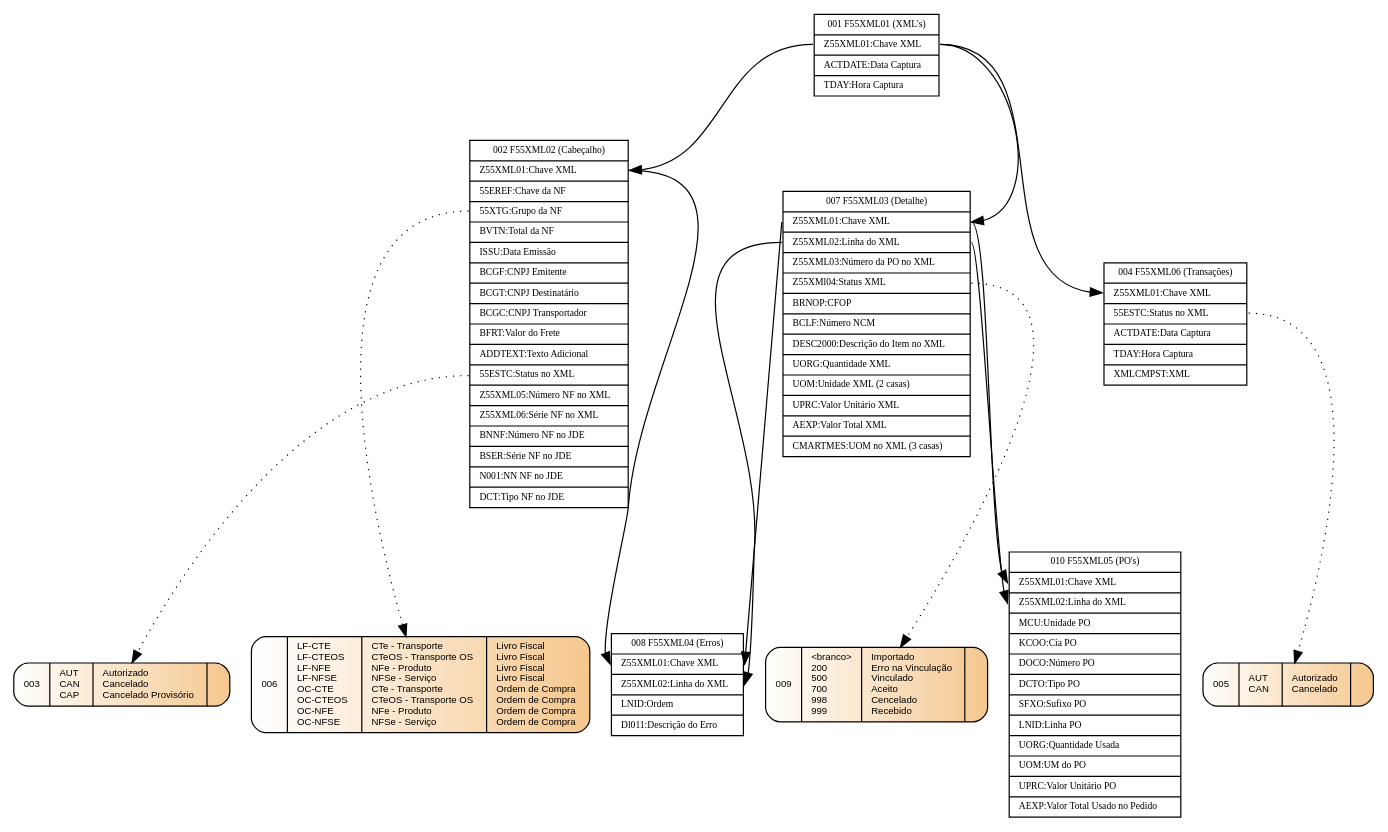
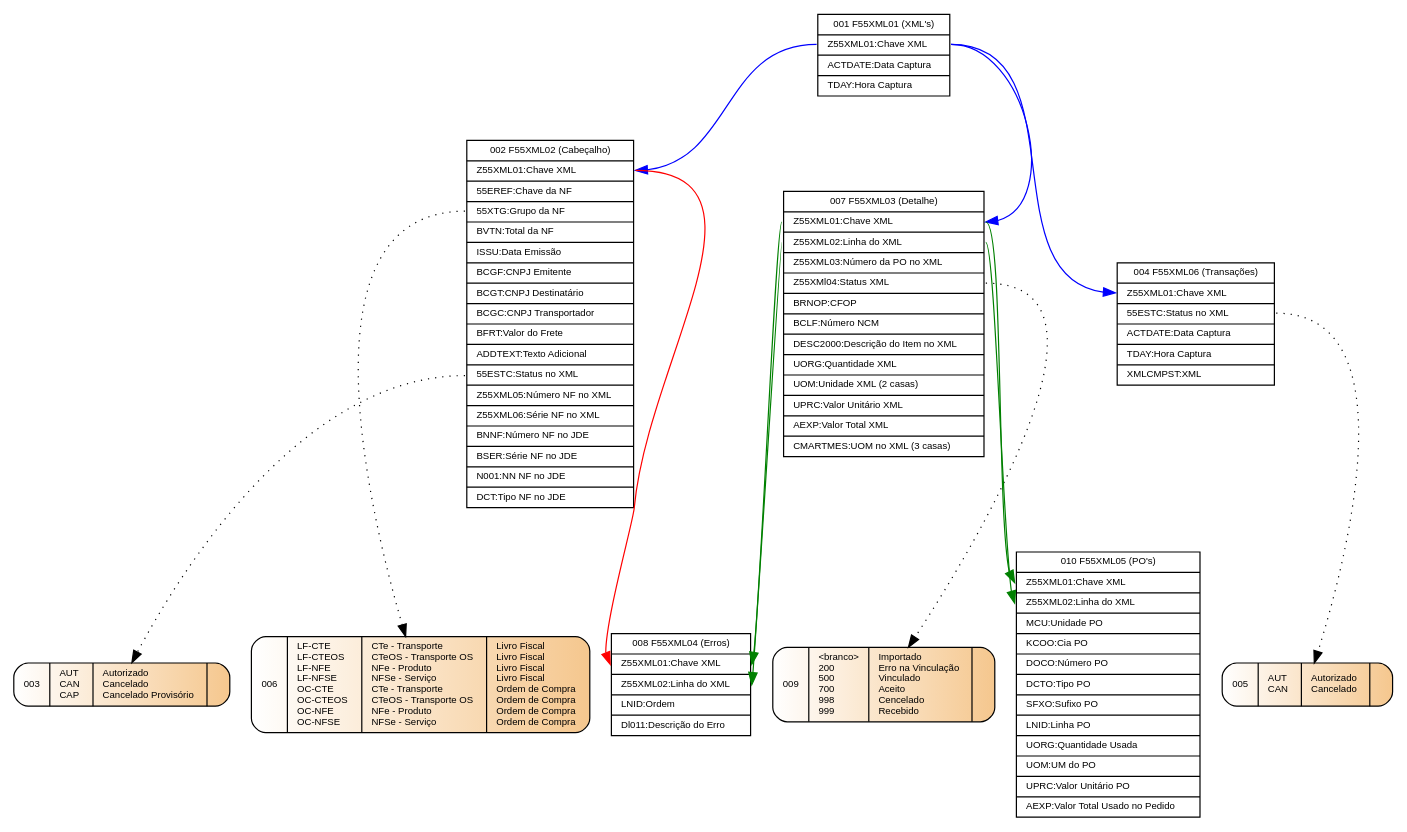
The diagram in ER XML.gv (GiovaniPM/Graphs), drawn with Graphviz before and after one commit.

Commit message:
Giovani_Mesquita(RBST10164) 200316133632

```diff
--- a/ER XML.gv
+++ b/ER XML.gv
@@ -1,194 +1,194 @@
 digraph R {
 
     # layout= specifies a layout engine:
     #   circo — for circular layout of graphs
-    #   dot — for drawing directed graphs (the default)
-    #   fdp — for drawing undirected graphs
+    #   dot   — for drawing directed graphs (the default)
+    #   fdp   — for drawing undirected graphs
     #   neato — for drawing undirected graphs
     #   osage — for drawing large undirected graphs
     #   twopi — for radial layouts of graphs
     #layout=circo
 
     node001 [
-                fontname = "Courrier",
+                fontname = "Helvetica",
                 fontsize = 8,
                 shape=record,
                 style="none",
                 fillcolor="white"
                 label="{001 F55XML01 (XML's)|<col01>Z55XML01:Chave XML\l|
                                              <col02>ACTDATE:Data Captura\l|
                                              <col03>TDAY:Hora Captura\l}"
             ]
     node002 [
-                fontname = "Courrier",
+                fontname = "Helvetica",
                 fontsize = 8,
                 shape=record,
                 style="none",
                 fillcolor="white"
                 label="{002 F55XML02 (Cabeçalho)|<col01>Z55XML01:Chave XML\l|
                                                  <col02>55EREF:Chave da NF\l|
                                                  <col03>55XTG:Grupo da NF\l|
                                                  <col04>BVTN:Total da NF\l|
                                                  <col05>ISSU:Data Emissão\l|
                                                  <col06>BCGF:CNPJ Emitente\l|
                                                  <col07>BCGT:CNPJ Destinatário\l|
                                                  <col08>BCGC:CNPJ Transportador\l|
                                                  <col09>BFRT:Valor do Frete\l|
                                                  <col10>ADDTEXT:Texto Adicional\l|
                                                  <col11>55ESTC:Status no XML\l|
                                                  <col12>Z55XML05:Número NF no XML\l|
                                                  <col13>Z55XML06:Série NF no XML\l|
                                                  <col14>BNNF:Número NF no JDE\l|
                                                  <col15>BSER:Série NF no JDE\l|
                                                  <col16>N001:NN NF no JDE\l|
                                                  <col17>DCT:Tipo NF no JDE\l}"
             ]
     node003 [
                 fontname = "Arial",
                 fontsize = 8,
                 shape=record,
                 style="rounded,filled",
                 fillcolor="white:#f5c78e"
                 label="003|AUT\l
                            CAN\l
                            CAP\l|
                            Autorizado\l
                            Cancelado\l
                            Cancelado Provisório\l|}"
             ]
     node004 [
-                fontname = "Courrier",
+                fontname = "Helvetica",
                 fontsize = 8,
                 shape=record,
                 style="none",
                 fillcolor="white"
                 label="{004 F55XML06 (Transações)|<col01>Z55XML01:Chave XML\l|
                                                   <col02>55ESTC:Status no XML\l|
                                                   <col03>ACTDATE:Data Captura\l|
                                                   <col04>TDAY:Hora Captura\l|
                                                   <col05>XMLCMPST:XML\l}"
             ]
     node005 [
                 fontname = "Arial",
                 fontsize = 8,
                 shape=record,
                 style="rounded,filled",
                 fillcolor="white:#f5c78e"
                 label="005|AUT\l
                            CAN\l|
                            Autorizado\l
                            Cancelado\l|"
             ]
     node006 [
                 fontname = "Arial",
                 fontsize = 8,
                 shape=record,
                 style="rounded,filled",
                 fillcolor="white:#f5c78e"
                 label="006|LF-CTE\l
                            LF-CTEOS\l
                            LF-NFE\l
                            LF-NFSE\l
                            OC-CTE\l
                            OC-CTEOS\l
                            OC-NFE\l
                            OC-NFSE\l|
                            CTe - Transporte\l
                            CTeOS - Transporte OS\l
                            NFe - Produto\l
                            NFSe - Serviço\l
                            CTe - Transporte\l
                            CTeOS - Transporte OS\l
                            NFe - Produto\l
                            NFSe - Serviço\l|
                            Livro Fiscal\l
                            Livro Fiscal\l
                            Livro Fiscal\l
                            Livro Fiscal\l
                            Ordem de Compra\l
                            Ordem de Compra\l
                            Ordem de Compra\l
                            Ordem de Compra\l"
             ]
     node007 [
-                fontname = "Courrier",
+                fontname = "Helvetica",
                 fontsize = 8,
                 shape=record,
                 style="none",
                 fillcolor="white"
                 label="{007 F55XML03 (Detalhe)|<col01>Z55XML01:Chave XML\l|
                                                <col02>Z55XML02:Linha do XML\l|
                                                <col03>Z55XML03:Número da PO no XML\l|
                                                <col04>Z55XMl04:Status XML\l|
                                                <col05>BRNOP:CFOP\l|
                                                <col06>BCLF:Número NCM\l|
                                                <col07>DESC2000:Descrição do Item  no XML\l|
                                                <col08>UORG:Quantidade XML\l|
                                                <col09>UOM:Unidade XML (2 casas)\l|
                                                <col10>UPRC:Valor Unitário XML\l|
                                                <col11>AEXP:Valor Total XML\l|
                                                <col12>CMARTMES:UOM no XML (3 casas)\l}"
             ]
     node008 [
-                fontname = "Courrier",
+                fontname = "Helvetica",
                 fontsize = 8,
                 shape=record,
                 style="none",
                 fillcolor="white"
                 label="{008 F55XML04 (Erros)|<col01>Z55XML01:Chave XML\l|
                                              <col02>Z55XML02:Linha do XML\l|
                                              <col03>LNID:Ordem\l|
                                              <col04>Dl011:Descrição do Erro\l}"
             ]
     node009 [
                 fontname = "Arial",
                 fontsize = 8,
                 shape=record,
                 style="rounded,filled",
                 fillcolor="white:#f5c78e"
                 label="009|\<branco\>\l
                            200\l
                            500\l
                            700\l
                            998\l
                            999\l|
                            Importado\l
                            Erro na Vinculação\l
                            Vinculado\l
                            Aceito\l
                            Cencelado\l
                            Recebido\l|"
             ]
     node010 [
-                fontname = "Courrier",
+                fontname = "Helvetica",
                 fontsize = 8,
                 shape=record,
                 style="none",
                 fillcolor="white"
                 label="{010 F55XML05 (PO's)|<col01>Z55XML01:Chave XML\l|
                                             <col02>Z55XML02:Linha do XML\l|
                                             <col03>MCU:Unidade PO\l|
                                             <col04>KCOO:Cia PO\l|
                                             <col05>DOCO:Número PO\l|
                                             <col06>DCTO:Tipo PO\l|
                                             <col07>SFXO:Sufixo PO\l|
                                             <col08>LNID:Linha PO\l|
                                             <col09>UORG:Quantidade Usada\l|
                                             <col10>UOM:UM do PO\l|
                                             <col11>UPRC:Valor Unitário PO\l|
                                             <col12>AEXP:Valor Total Usado no Pedido\l}"
             ]
 
-    node001:col01 -> node002:col01;
+    node001:col01 -> node002:col01 [color="blue"]
+    node001:col01 -> node004:col01 [color="blue"]
+    node001:col01 -> node007:col01 [color="blue"]
     node002:col11 -> node003 [style="dotted"]
-    node001:col01 -> node004:col01;
     node004:col02 -> node005 [style="dotted"]
     node002:col03 -> node006 [style="dotted"]
-    node001:col01 -> node007:col01;
-    node002:col01 -> node008:col01;
-    node007:col01 -> node008:col01;
-    node007:col02 -> node008:col02;
+    node002:col01 -> node008:col01 [color="red"]
+    node007:col01 -> node008:col01 [color="green"]
+    node007:col02 -> node008:col02 [color="green"]
+    node007:col01 -> node010:col01 [color="green"]
+    node007:col02 -> node010:col02 [color="green"]
     node007:col04 -> node009 [style="dotted"]
-    node007:col01 -> node010:col01;
-    node007:col02 -> node010:col02;
 }
```
